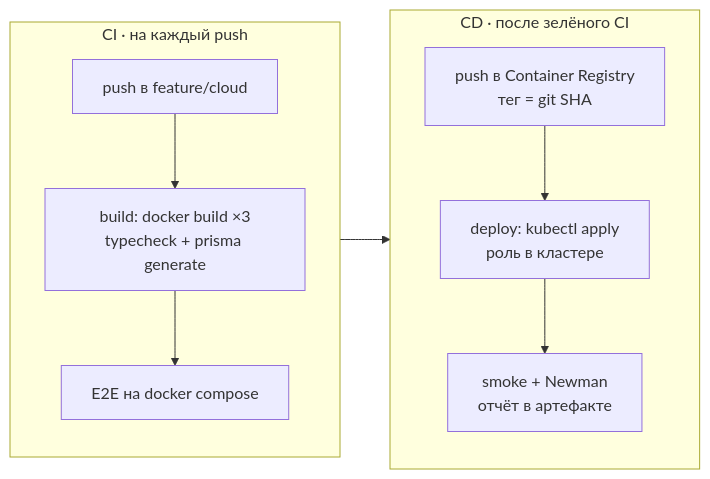
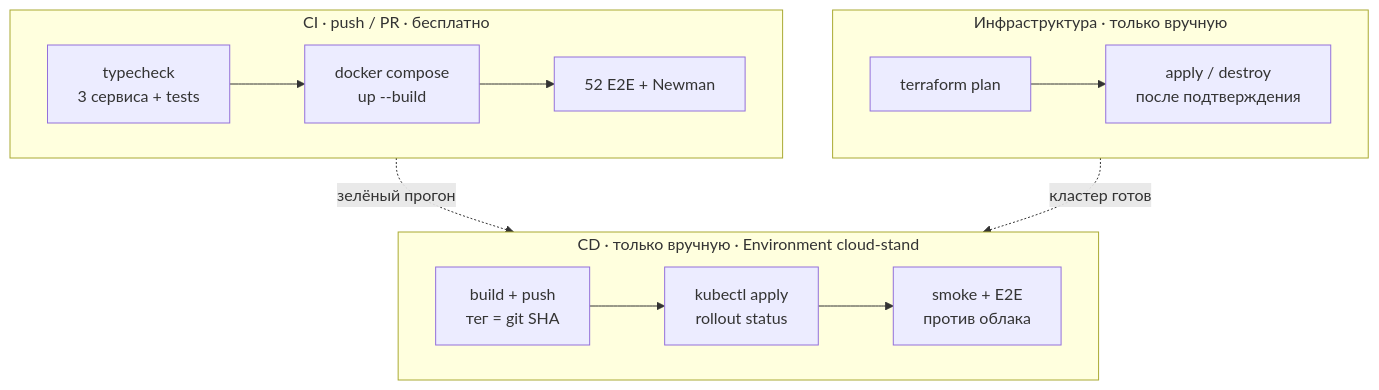
The fourth of 4 diagrams in docs/cloud/technical-design.md (KlimVladMaks/recipe-hub), drawn with Mermaid before and after one commit. The commit also changed other lines of this file and 6 other files, not shown here.

````diff
--- a/docs/cloud/technical-design.md
+++ b/docs/cloud/technical-design.md
@@ -763,14 +750,19 @@
 ```mermaid
-flowchart LR
-    subgraph ci["CI · на каждый push"]
-        direction TB
-        push["push в feature/cloud"] --> build["build: docker build ×3<br/>typecheck + prisma generate"]
-        build --> e2e["E2E на docker compose"]
+flowchart TB
+    subgraph ci["CI · push / PR · бесплатно"]
+        direction LR
+        c1["typecheck<br/>3 сервиса + tests"] --> c2["docker compose<br/>up --build"]
+        c2 --> c3["52 E2E + Newman"]
     end
-    subgraph cd["CD · после зелёного CI"]
-        direction TB
-        registry["push в Container Registry<br/>тег = git SHA"] --> deploy["deploy: kubectl apply<br/>роль в кластере"]
-        deploy --> smoke["smoke + Newman<br/>отчёт в артефакте"]
+    subgraph cd["CD · только вручную · Environment cloud-stand"]
+        direction LR
+        d1["build + push<br/>тег = git SHA"] --> d2["kubectl apply<br/>rollout status"]
+        d2 --> d3["smoke + E2E<br/>против облака"]
     end
-    e2e --> registry
+    subgraph infra["Инфраструктура · только вручную"]
+        direction LR
+        i1["terraform plan"] --> i2["apply / destroy<br/>после подтверждения"]
+    end
+    ci -.->|"зелёный прогон"| cd
+    infra -.->|"кластер готов"| cd
 ```
````
